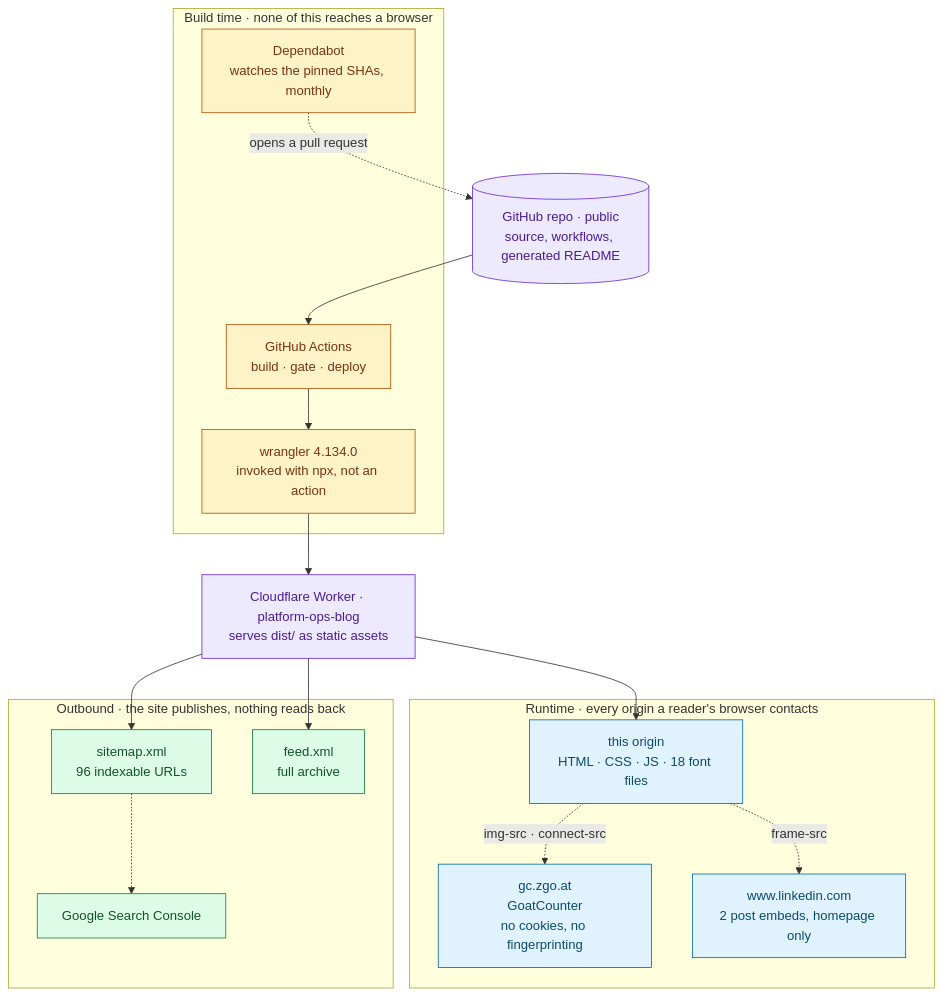
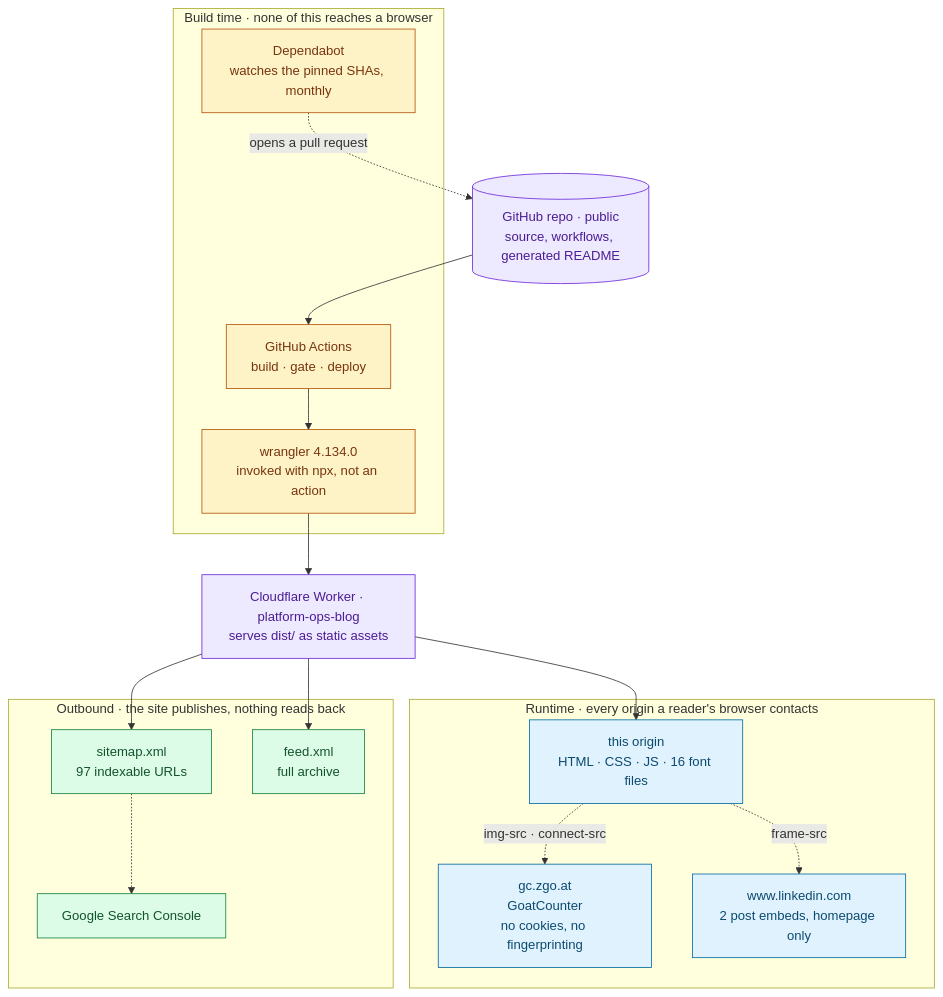
The third of 3 diagrams in README.md (Vishal-Abhinav/Platform-ops-Newsletter), drawn with Mermaid before and after one commit. The commit also changed other lines of this file and 15 other files, not shown here.

````diff
--- a/README.md
+++ b/README.md
@@ -268,42 +268,42 @@
 ```mermaid
 flowchart TB
   REPO[("GitHub repo · public<br/>source, workflows, generated README")]
 
   subgraph BT["Build time · none of this reaches a browser"]
     ACT["GitHub Actions<br/>build · gate · deploy"]
     WR["wrangler 4.134.0<br/>invoked with npx, not an action"]
     DB["Dependabot<br/>watches the pinned SHAs, monthly"]
   end
 
   WORKER["Cloudflare Worker · platform-ops-blog<br/>serves dist/ as static assets"]
 
   subgraph RT["Runtime · every origin a reader's browser contacts"]
-    SELF["this origin<br/>HTML · CSS · JS · 18 font files"]
+    SELF["this origin<br/>HTML · CSS · JS · 16 font files"]
     GC["gc.zgo.at<br/>GoatCounter<br/>no cookies, no fingerprinting"]
     LI["www.linkedin.com<br/>2 post embeds, homepage only"]
   end
 
   subgraph OB["Outbound · the site publishes, nothing reads back"]
-    SM["sitemap.xml<br/>96 indexable URLs"]
+    SM["sitemap.xml<br/>97 indexable URLs"]
     RSS["feed.xml<br/>full archive"]
     GSC["Google Search Console"]
   end
 
   REPO --> ACT --> WR --> WORKER
   DB -.->|opens a pull request| REPO
   WORKER --> SELF
   SELF -.->|"img-src · connect-src"| GC
   SELF -.->|frame-src| LI
   WORKER --> SM
   WORKER --> RSS
   SM -.-> GSC
 
   classDef own fill:#ede9fe,stroke:#6d28d9,color:#4c1d95
   classDef bt fill:#fef3c7,stroke:#b45309,color:#78350f
   classDef rt fill:#e0f2fe,stroke:#0369a1,color:#0c4a6e
   classDef ob fill:#dcfce7,stroke:#15803d,color:#14532d
   class REPO,WORKER own
   class ACT,WR,DB bt
   class SELF,GC,LI rt
   class SM,RSS,GSC ob
 ```
````
